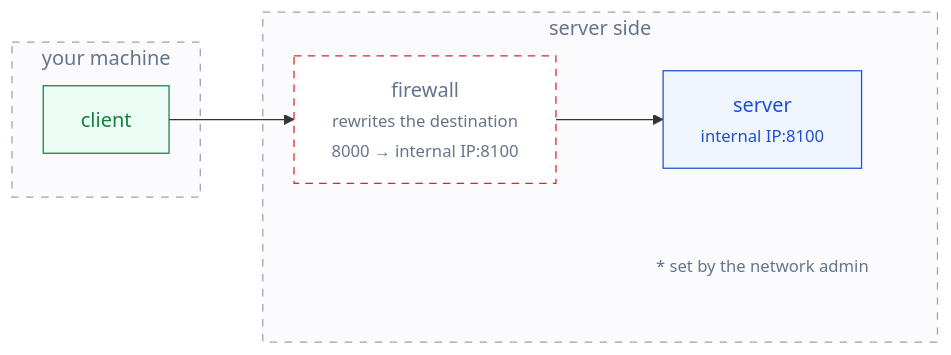
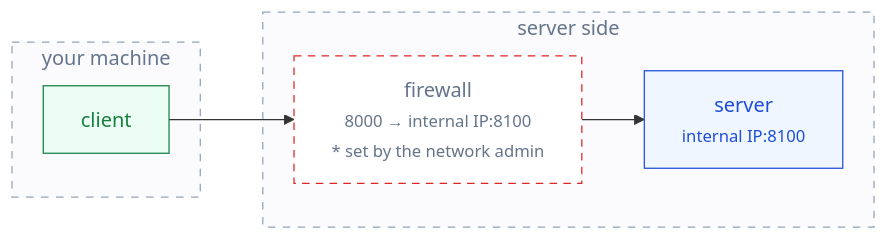
Before and after one commit to ssyrc/ssyrc.github.io: the second of 4 diagrams in _posts/ko/2026-09-16-proxy-and-port-forwarding.md, drawn with Mermaid. The commit also changed other lines of this file and 3 other files, not shown here.

First line of the commit message:
Fix diagram width, note placement and zone naming

````diff
--- a/_posts/ko/2026-09-16-proxy-and-port-forwarding.md
+++ b/_posts/ko/2026-09-16-proxy-and-port-forwarding.md
@@ -72,22 +72,19 @@
 ```mermaid
 flowchart LR
     subgraph LOCAL["your machine"]
         C["client"]
     end
     subgraph SRV["server side"]
-        F["firewall<br/><small>rewrites the destination</small><br/><small>8000 &rarr; internal IP:8100</small>"] --> S["server<br/><small>internal IP:8100</small>"]
-        NOTE["<small>* set by the network admin</small>"]
+        F["firewall<br/><small>8000 &rarr; internal IP:8100</small><br/><small>* set by the network admin</small>"] --> S["server<br/><small>internal IP:8100</small>"]
     end
     C --> F
     class C client
     class F kernel
     class S server
-    class NOTE note
     class LOCAL,SRV zone
     classDef client fill:#ecfdf5,stroke:#15803d,color:#15803d
     classDef proxy  fill:#fef2f2,stroke:#dc2626,color:#dc2626
     classDef server fill:#eff6ff,stroke:#1d4ed8,color:#1d4ed8
     classDef kernel fill:#ffffff,stroke:#dc2626,color:#64748b,stroke-dasharray:6 5
     classDef zone   fill:#fbfbfe,stroke:#94a3b8,color:#64748b,stroke-dasharray:6 6
-    classDef note   fill:none,stroke:none,color:#64748b
 ```
````
